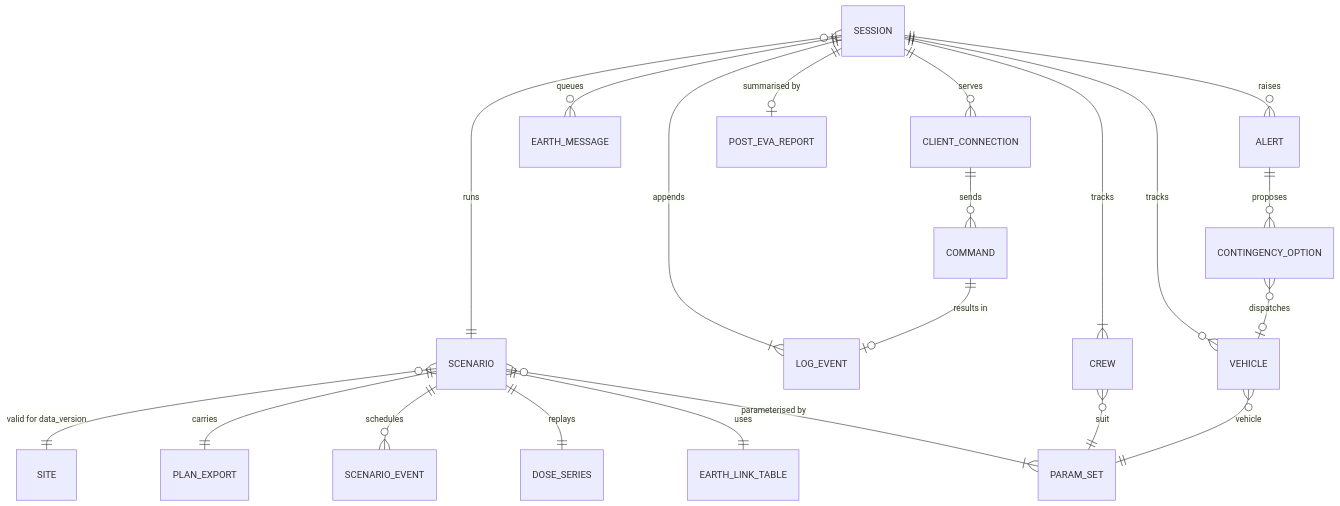
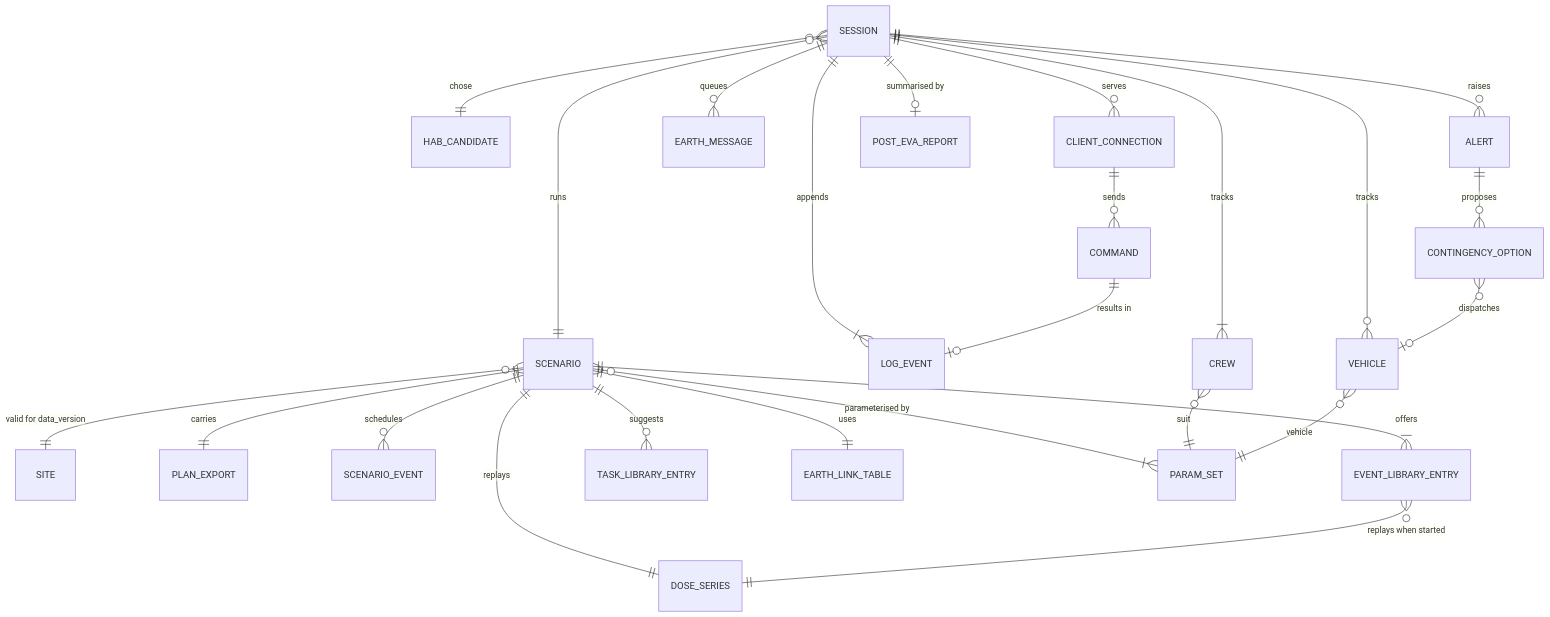
One commit to tashobi02/Gale-Surface-Ops changed the second of 2 diagrams in docs/specs/05_Backend_and_Database_Schema.md. Above: the diagram before and after it, drawn with Mermaid. The commit also changed other lines of this file and 5 other files, not shown here.

First line of the commit message:
spec-change: live operations session, presenter panel, site selection, stop task library (FR-51–FR-54)

````diff
--- a/docs/specs/05_Backend_and_Database_Schema.md
+++ b/docs/specs/05_Backend_and_Database_Schema.md
@@ -565,23 +628,27 @@
 ```mermaid
 erDiagram
   SCENARIO }o--|| SITE : "valid for data_version"
   SCENARIO ||--|| PLAN_EXPORT : "carries"
   SCENARIO ||--o{ SCENARIO_EVENT : "schedules"
   SCENARIO ||--|| DOSE_SERIES : "replays"
+  SCENARIO ||--|{ EVENT_LIBRARY_ENTRY : "offers"
+  EVENT_LIBRARY_ENTRY }o--|| DOSE_SERIES : "replays when started"
+  SCENARIO ||--o{ TASK_LIBRARY_ENTRY : "suggests"
+  SESSION }o--|| HAB_CANDIDATE : "chose"
   SCENARIO ||--|| EARTH_LINK_TABLE : "uses"
   SCENARIO }o--|{ PARAM_SET : "parameterised by"
   SESSION }o--|| SCENARIO : "runs"
   SESSION ||--|{ LOG_EVENT : "appends"
   SESSION ||--|{ CREW : "tracks"
   SESSION ||--o{ VEHICLE : "tracks"
   SESSION ||--o{ ALERT : "raises"
   SESSION ||--o{ EARTH_MESSAGE : "queues"
   SESSION ||--o{ CLIENT_CONNECTION : "serves"
   ALERT ||--o{ CONTINGENCY_OPTION : "proposes"
   CONTINGENCY_OPTION }o--o| VEHICLE : "dispatches"
   CREW }o--|| PARAM_SET : "suit"
   VEHICLE }o--|| PARAM_SET : "vehicle"
   CLIENT_CONNECTION ||--o{ COMMAND : "sends"
   COMMAND ||--o| LOG_EVENT : "results in"
   SESSION ||--o| POST_EVA_REPORT : "summarised by"
 ```
````
